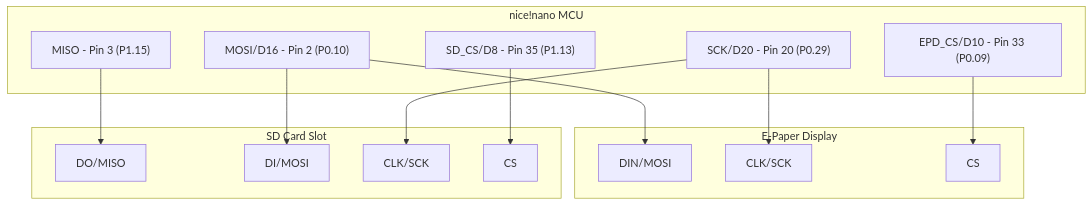
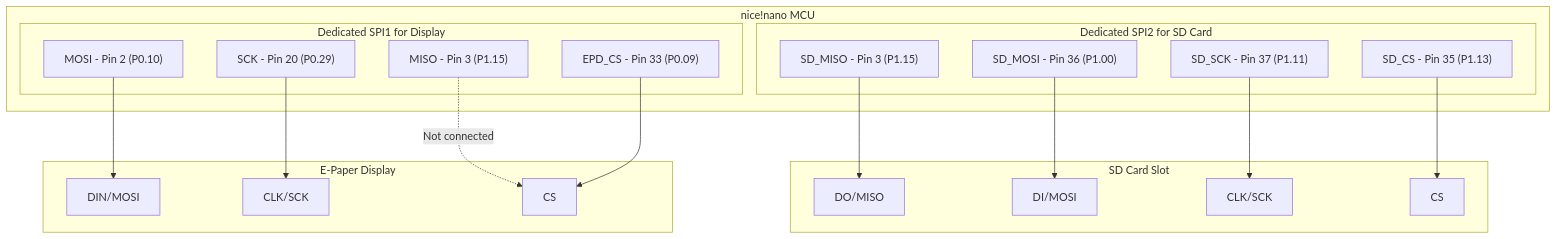
The diagram in WIRING.md (scottstamp/EpdReader), drawn with Mermaid before and after one commit. The commit also changed other lines of this file and 10 other files, not shown here.

Commit message:
- split SD card SPI into 2nd interface - add chapter support (see convert_epub.py) - fix progression saving bug

````diff
--- a/WIRING.md
+++ b/WIRING.md
@@ -87,31 +86,40 @@
 ```mermaid
 graph TD
     subgraph nice!nano MCU
-        MISO["MISO - Pin 3 (P1.15)"]
-        MOSI["MOSI/D16 - Pin 2 (P0.10)"]
-        SCK["SCK/D20 - Pin 20 (P0.29)"]
-        EPD_CS["EPD_CS/D10 - Pin 33 (P0.09)"]
-        SD_CS["SD_CS/D8 - Pin 35 (P1.13)"]
+        subgraph Dedicated SPI1 for Display
+            EPD_MISO["MISO - Pin 3 (P1.15)"]
+            EPD_MOSI["MOSI - Pin 2 (P0.10)"]
+            EPD_SCK["SCK - Pin 20 (P0.29)"]
+            EPD_CS["EPD_CS - Pin 33 (P0.09)"]
+        end
+        subgraph Dedicated SPI2 for SD Card
+            SD_MISO["SD_MISO - Pin 3 (P1.15)"]
+            SD_MOSI["SD_MOSI - Pin 36 (P1.00)"]
+            SD_SCK["SD_SCK - Pin 37 (P1.11)"]
+            SD_CS["SD_CS - Pin 35 (P1.13)"]
+        end
     end
 
     subgraph SD Card Slot
         SD_DO["DO/MISO"]
         SD_DI["DI/MOSI"]
         SD_CLK["CLK/SCK"]
         SD_CS_pin["CS"]
     end
 
     subgraph E-Paper Display
         EPD_DIN["DIN/MOSI"]
         EPD_CLK["CLK/SCK"]
         EPD_CS_pin["CS"]
     end
 
-    MISO --> SD_DO
-    MOSI --> SD_DI
-    MOSI --> EPD_DIN
-    SCK --> SD_CLK
-    SCK --> EPD_CLK
+    EPD_MISO -.->|Not connected| EPD_CS_pin
+    EPD_MOSI --> EPD_DIN
+    EPD_SCK --> EPD_CLK
     EPD_CS --> EPD_CS_pin
+
+    SD_MISO --> SD_DO
+    SD_MOSI --> SD_DI
+    SD_SCK --> SD_CLK
     SD_CS --> SD_CS_pin
 ```
````
